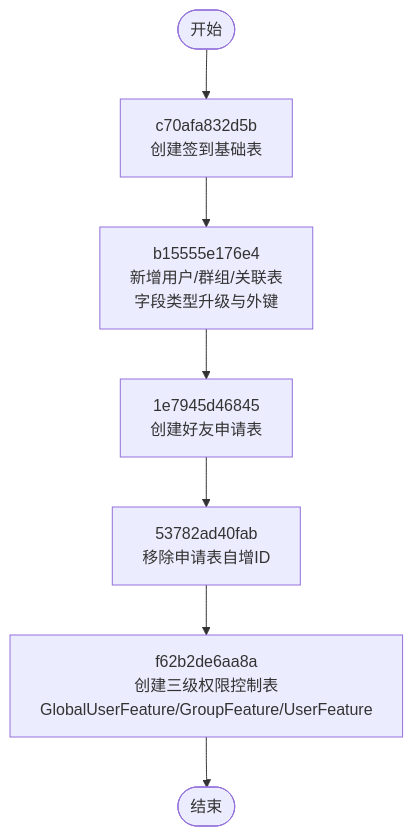
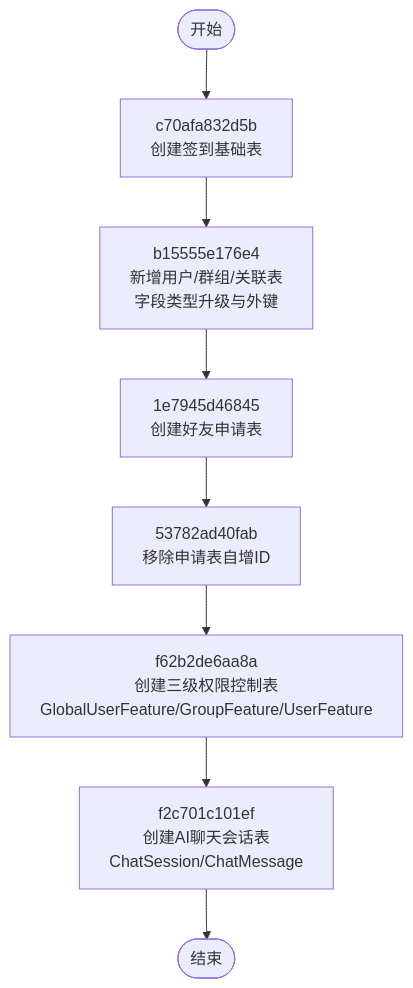
One commit to Wohaokunr/yawn_bot changed the third of 7 diagrams in .qoder/repowiki/zh/content/数据库迁移.md. Above: the diagram before and after it, drawn with Mermaid. The commit also changed other lines of this file and 28 other files, not shown here.

````diff
--- a/.qoder/repowiki/zh/content/数据库迁移.md
+++ b/.qoder/repowiki/zh/content/数据库迁移.md
@@ -222,9 +261,10 @@
 ```mermaid
 flowchart TD
 Start(["开始"]) --> M1["c70afa832d5b<br/>创建签到基础表"]
 M1 --> M2["b15555e176e4<br/>新增用户/群组/关联表<br/>字段类型升级与外键"]
 M2 --> M3["1e7945d46845<br/>创建好友申请表"]
 M3 --> M4["53782ad40fab<br/>移除申请表自增ID"]
 M4 --> M5["f62b2de6aa8a<br/>创建三级权限控制表<br/>GlobalUserFeature/GroupFeature/UserFeature"]
-M5 --> End(["结束"])
+M5 --> M6["f2c701c101ef<br/>创建AI聊天会话表<br/>ChatSession/ChatMessage"]
+M6 --> End(["结束"])
 ```
````
